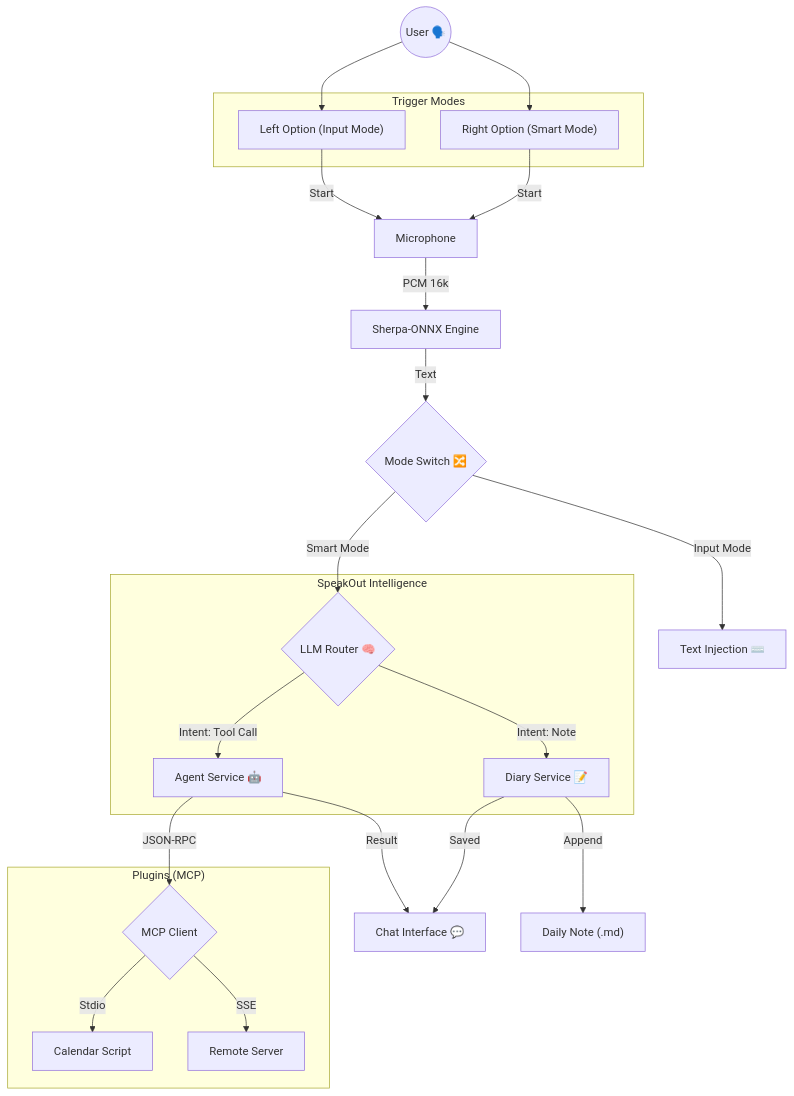
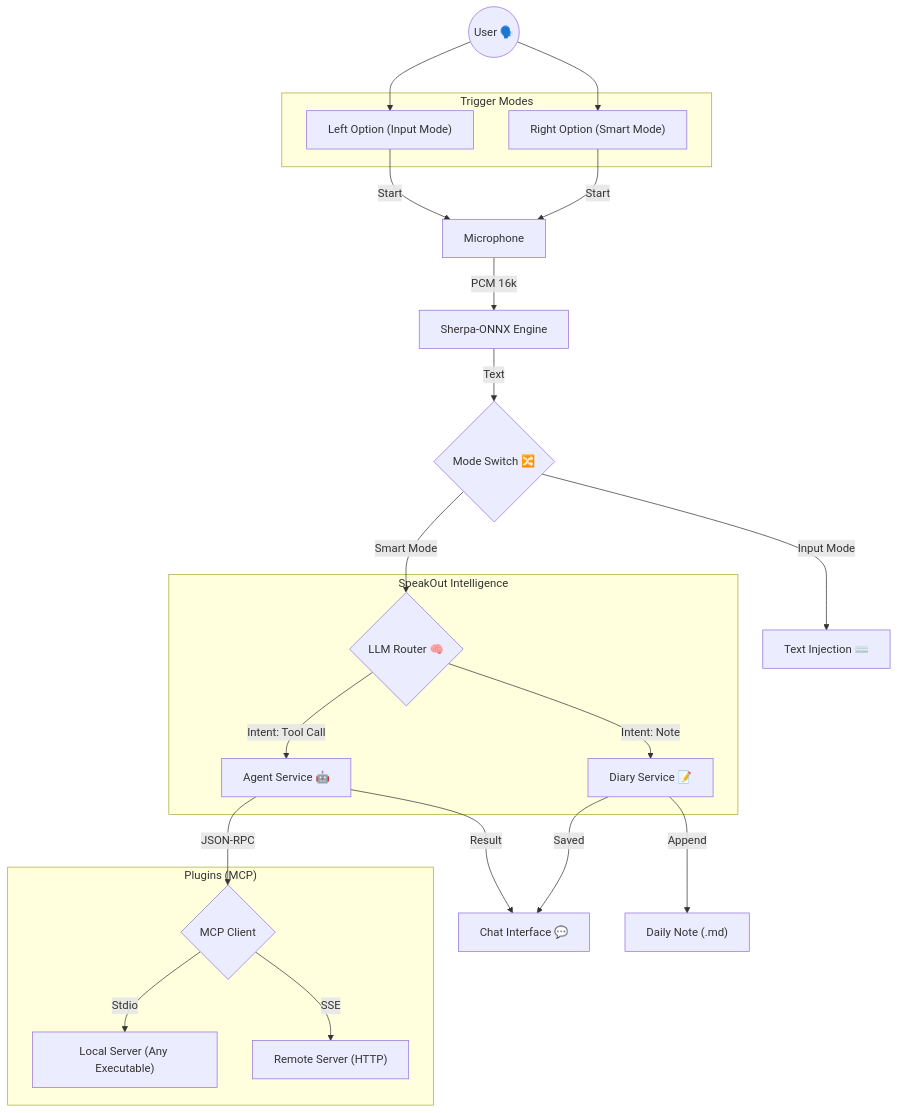
Before and after one commit to 4over7/SpeakOut: the diagram in README.md, drawn with Mermaid.

Commit message:
Docs: Generalize MCP node label in diagram

````diff
--- a/README.md
+++ b/README.md
@@ -159,38 +159,38 @@
 ```mermaid
 graph TD
     User(("User 🗣️")) 
     
     subgraph "Trigger Modes"
         InputKey["Left Option (Input Mode)"]
         SmartKey["Right Option (Smart Mode)"]
     end
 
     User --> InputKey
     User --> SmartKey
     
     InputKey -->|Start| Mic["Microphone"]
     SmartKey -->|Start| Mic
     
     Mic -->|PCM 16k| ASR["Sherpa-ONNX Engine"]
     ASR -->|Text| Switch{"Mode Switch 🔀"}
     
     Switch -->|"Input Mode"| Inject["Text Injection ⌨️"]
     
     Switch -->|"Smart Mode"| Router{"LLM Router 🧠"}
     
     subgraph "SpeakOut Intelligence"
         Router -->|"Intent: Tool Call"| Agent["Agent Service 🤖"]
         Router -->|"Intent: Note"| Diary["Diary Service 📝"]
     end
     
     Agent -->|Result| ChatUI["Chat Interface 💬"]
     Diary -->|Saved| ChatUI
     Diary -->|Append| MDFile["Daily Note (.md)"]
     
     Agent -->|JSON-RPC| MCP{MCP Client}
     
     subgraph "Plugins (MCP)"
-        MCP -->|Stdio| Python["Calendar Script"]
-        MCP -->|SSE| Remote["Remote Server"]
+        MCP -->|Stdio| Local["Local Server (Any Executable)"]
+        MCP -->|SSE| Remote["Remote Server (HTTP)"]
     end
 ```
````
